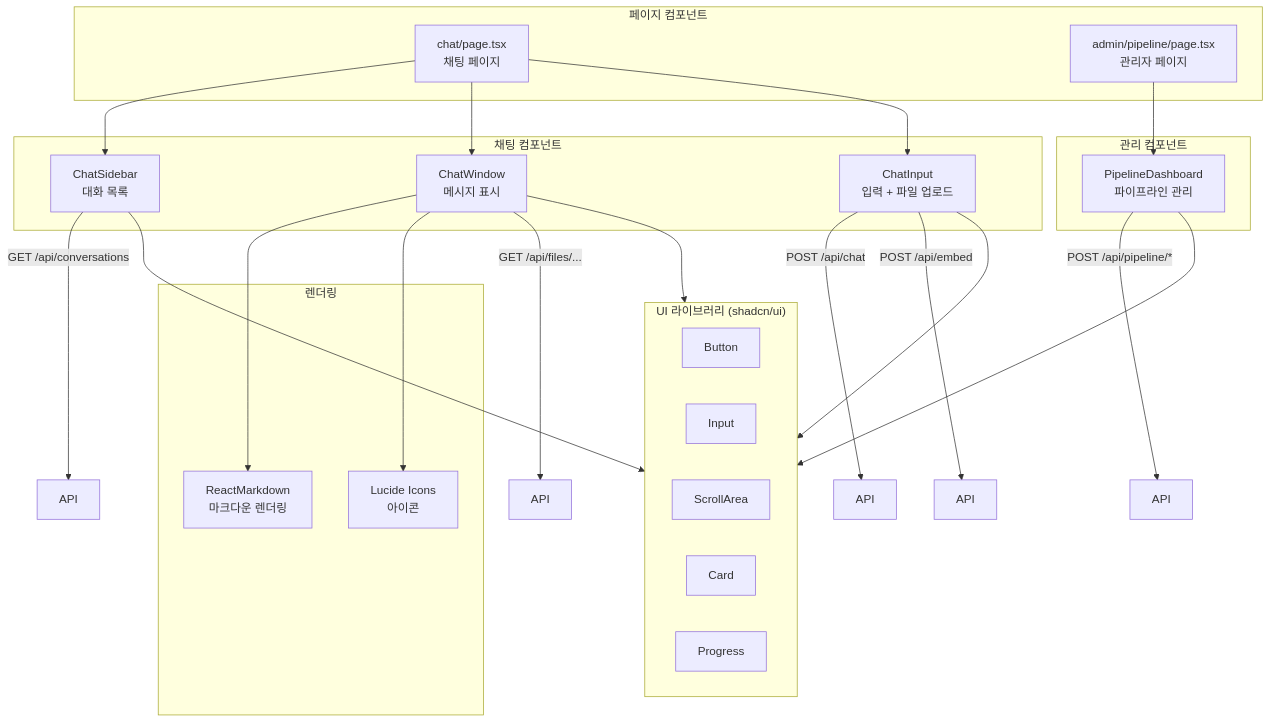
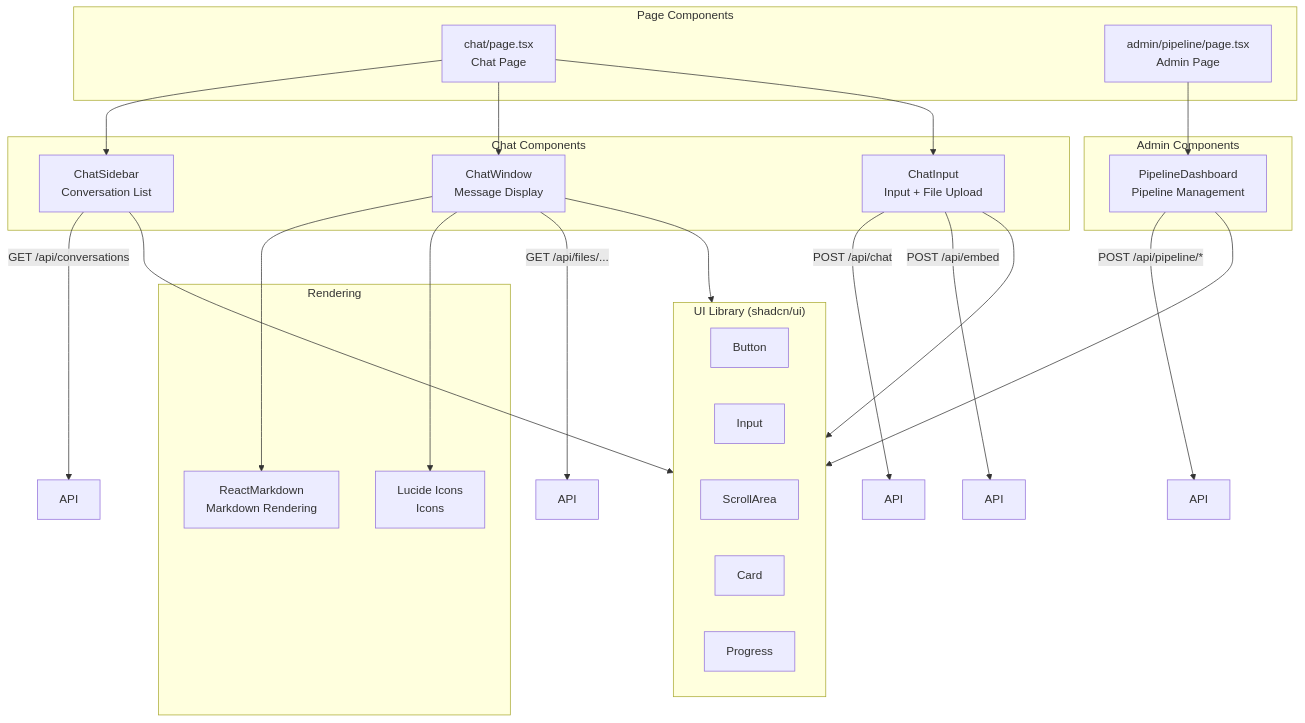
The eighth of 12 diagrams in docs/ko/ARCHITECTURE.md (midasol/gemini-embedding-2), drawn with Mermaid before and after one commit. The commit also changed other lines of this file and 17 other files, not shown here.

````diff
--- a/docs/ko/ARCHITECTURE.md
+++ b/docs/ko/ARCHITECTURE.md
@@ -354,48 +354,48 @@
 ```mermaid
 graph TD
-    subgraph Pages["페이지 컴포넌트"]
-        ChatPage["chat/page.tsx<br/>채팅 페이지"]
-        AdminPage["admin/pipeline/page.tsx<br/>관리자 페이지"]
+    subgraph Pages["Page Components"]
+        ChatPage["chat/page.tsx<br/>Chat Page"]
+        AdminPage["admin/pipeline/page.tsx<br/>Admin Page"]
     end
 
-    subgraph ChatComponents["채팅 컴포넌트"]
-        ChatSidebar["ChatSidebar<br/>대화 목록"]
-        ChatWindow["ChatWindow<br/>메시지 표시"]
-        ChatInput["ChatInput<br/>입력 + 파일 업로드"]
+    subgraph ChatComponents["Chat Components"]
+        ChatSidebar["ChatSidebar<br/>Conversation List"]
+        ChatWindow["ChatWindow<br/>Message Display"]
+        ChatInput["ChatInput<br/>Input + File Upload"]
     end
 
-    subgraph AdminComponents["관리 컴포넌트"]
-        PipelineDashboard["PipelineDashboard<br/>파이프라인 관리"]
+    subgraph AdminComponents["Admin Components"]
+        PipelineDashboard["PipelineDashboard<br/>Pipeline Management"]
     end
 
-    subgraph UILibrary["UI 라이브러리 (shadcn/ui)"]
+    subgraph UILibrary["UI Library (shadcn/ui)"]
         Button["Button"]
         Input["Input"]
         ScrollArea["ScrollArea"]
         Card["Card"]
         Progress["Progress"]
     end
 
-    subgraph Rendering["렌더링"]
-        ReactMarkdown2["ReactMarkdown<br/>마크다운 렌더링"]
-        LucideIcons["Lucide Icons<br/>아이콘"]
+    subgraph Rendering["Rendering"]
+        ReactMarkdown2["ReactMarkdown<br/>Markdown Rendering"]
+        LucideIcons["Lucide Icons<br/>Icons"]
     end
 
     ChatPage --> ChatSidebar
     ChatPage --> ChatWindow
     ChatPage --> ChatInput
     AdminPage --> PipelineDashboard
 
     ChatSidebar --> UILibrary
     ChatWindow --> UILibrary
     ChatWindow --> ReactMarkdown2
     ChatWindow --> LucideIcons
     ChatInput --> UILibrary
     PipelineDashboard --> UILibrary
 
     ChatSidebar -->|"GET /api/conversations"| API1["API"]
     ChatInput -->|"POST /api/chat"| API2["API"]
     ChatInput -->|"POST /api/embed"| API3["API"]
     ChatWindow -->|"GET /api/files/..."| API4["API"]
     PipelineDashboard -->|"POST /api/pipeline/*"| API5["API"]
 ```
````
